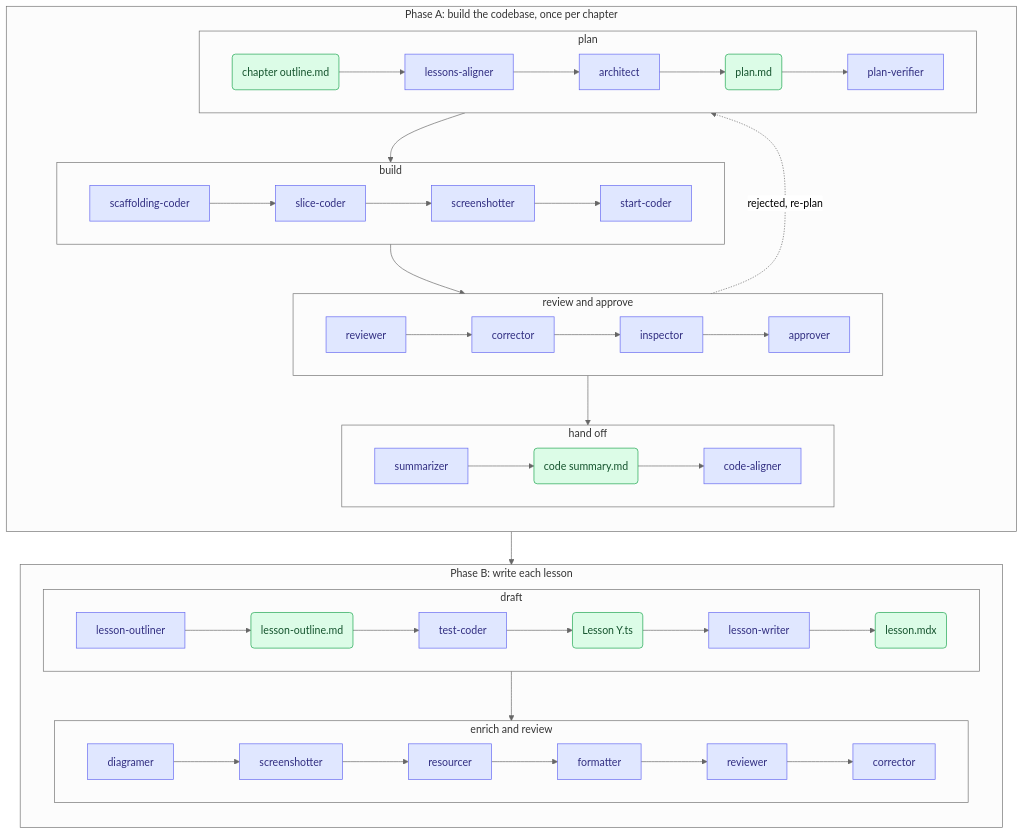
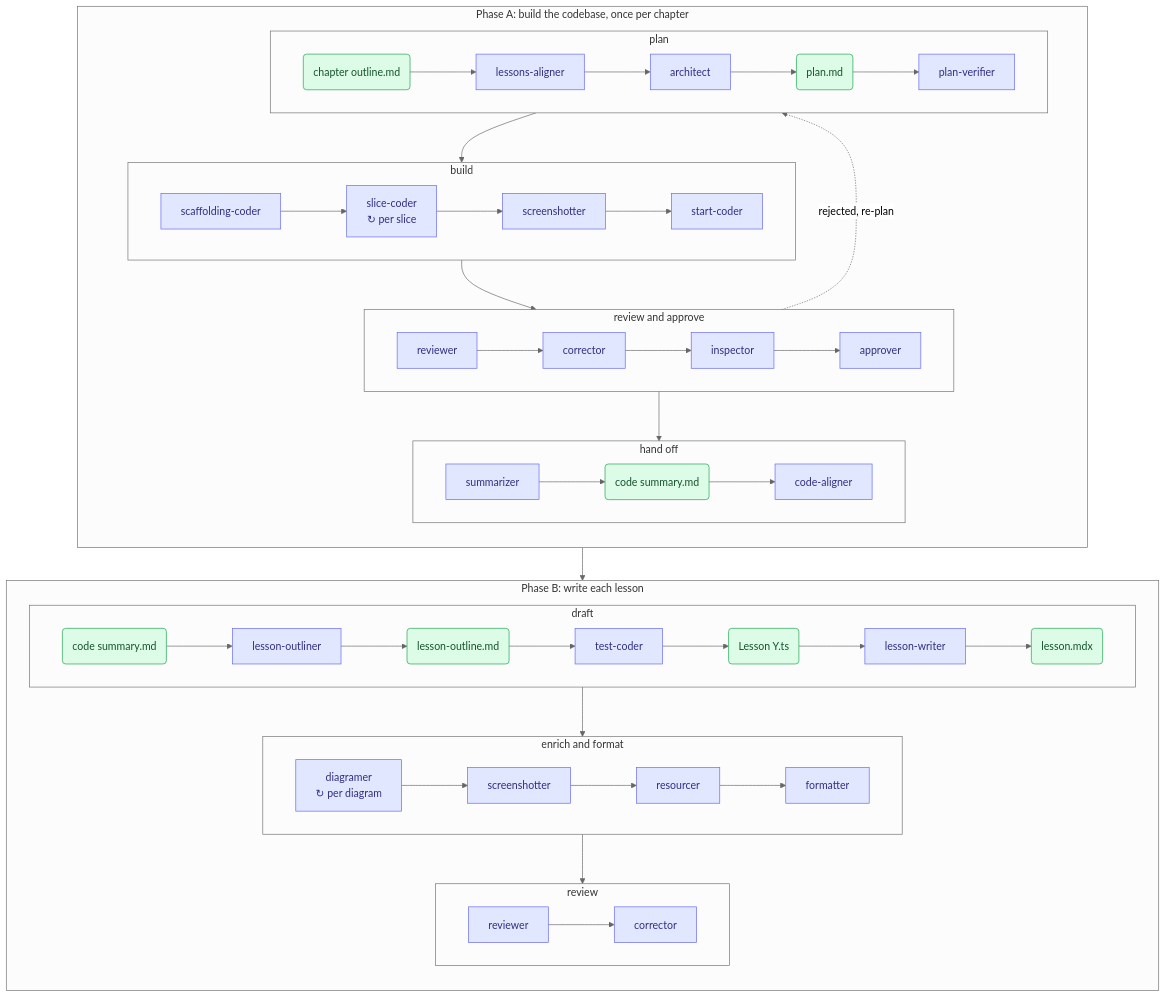
Before and after one commit to terencicp/react-saas-course: the second of 2 diagrams in README.md, drawn with Mermaid (neutral theme). The commit also changed other lines of this file, not shown here.

Commit message:
Refine pipeline diagrams: iteration cues, quiz, A/B coherence
- Show fan-out agents repeat: diagramer/exerciser/slice-coder carry a
  '↻ per diagram/exercise/slice' cue.
- Quiz: rename box to 'chapter quiz', quiz-writer flows straight to
  quiz-coder, which outputs quiz.mdx.
- Make the two diagrams coherent: project Phase B now seeds the
  lesson-outliner with code summary.md (mirroring teaching's outliner
  input) and splits 'enrich and review' into 'enrich and format' +
  'review', matching the teaching per-lesson rows.

````diff
--- a/README.md
+++ b/README.md
@@ -137,41 +137,45 @@
 ```mermaid
 flowchart TB
     subgraph A [Phase A: build the codebase, once per chapter]
         direction TB
         subgraph pa1 [plan]
             direction LR
             CO(chapter outline.md) --> aligner[lessons-aligner] --> architect[architect] --> PLAN(plan.md) --> verifier[plan-verifier]
         end
         subgraph pa2 [build]
             direction LR
-            scaffolder[scaffolding-coder] --> slicer[slice-coder] --> shotter[screenshotter] --> starter[start-coder]
+            scaffolder[scaffolding-coder] --> slicer["slice-coder<br/>↻ per slice"] --> shotter[screenshotter] --> starter[start-coder]
         end
         subgraph pa3 [review and approve]
             direction LR
             reviewer[reviewer] --> corrector[corrector] --> inspector[inspector] --> approver[approver]
         end
         subgraph pa4 [hand off]
             direction LR
             summarizer[summarizer] --> SUM(code summary.md) --> codeAligner[code-aligner]
         end
         pa1 --> pa2 --> pa3 --> pa4
         pa3 -. rejected, re-plan .-> pa1
     end
     subgraph B [Phase B: write each lesson]
         direction TB
         subgraph pb1 [draft]
             direction LR
-            loutliner[lesson-outliner] --> LO(lesson-outline.md) --> tcoder[test-coder] --> TEST(Lesson Y.ts) --> lwriter[lesson-writer] --> MDX(lesson.mdx)
+            SUMB(code summary.md) --> loutliner[lesson-outliner] --> LO(lesson-outline.md) --> tcoder[test-coder] --> TEST(Lesson Y.ts) --> lwriter[lesson-writer] --> MDX(lesson.mdx)
         end
-        subgraph pb2 [enrich and review]
+        subgraph pb2 [enrich and format]
             direction LR
-            ldiagramer[diagramer] --> lshotter[screenshotter] --> lresourcer[resourcer] --> lformatter[formatter] --> lreviewer[reviewer] --> lcorrector[corrector]
+            ldiagramer["diagramer<br/>↻ per diagram"] --> lshotter[screenshotter] --> lresourcer[resourcer] --> lformatter[formatter]
         end
-        pb1 --> pb2
+        subgraph pb3 [review]
+            direction LR
+            lreviewer[reviewer] --> lcorrector[corrector]
+        end
+        pb1 --> pb2 --> pb3
     end
     A --> B
     classDef agent fill:#e0e7ff,stroke:#6366f1,color:#312e81;
     classDef file fill:#dcfce7,stroke:#16a34a,color:#14532d;
     class aligner,architect,verifier,scaffolder,slicer,shotter,starter,reviewer,corrector,inspector,approver,summarizer,codeAligner,loutliner,tcoder,lwriter,ldiagramer,lshotter,lresourcer,lformatter,lreviewer,lcorrector agent;
-    class CO,PLAN,SUM,LO,TEST,MDX file;
+    class CO,PLAN,SUM,SUMB,LO,TEST,MDX file;
 ```
````
